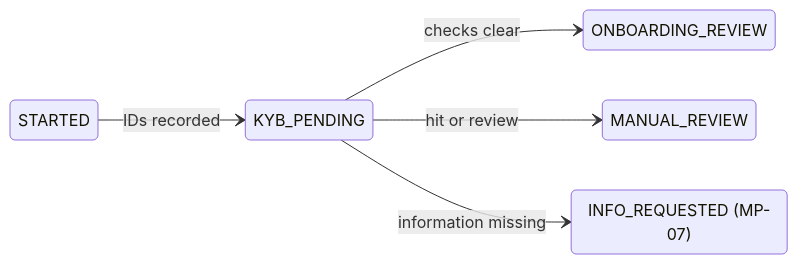
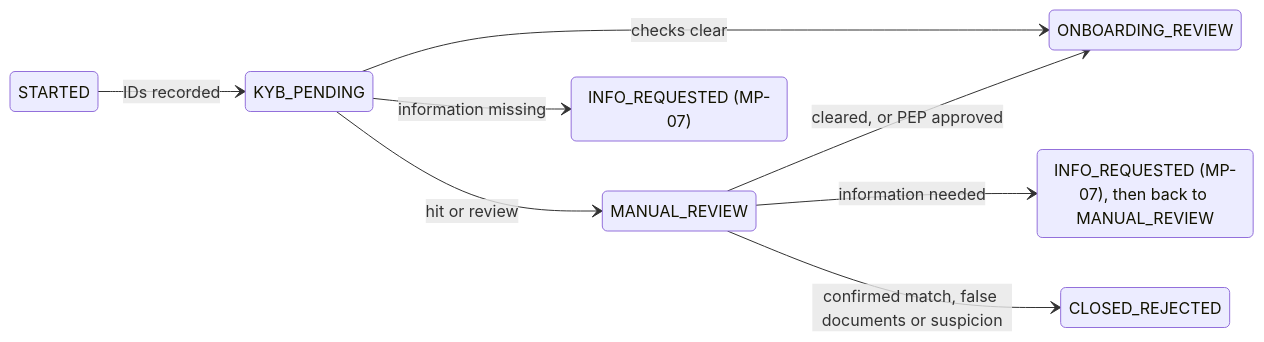
Before and after one commit to paytinno/merchant-portal-workflows: the second of 2 diagrams in docs/workflows/MP-06-company-checks-identity-and-screening.md, drawn with Mermaid. The commit also changed other lines of this file and 6 other files, not shown here.

First line of the commit message:
MP-06: exits from MANUAL_REVIEW

````diff
--- a/docs/workflows/MP-06-company-checks-identity-and-screening.md
+++ b/docs/workflows/MP-06-company-checks-identity-and-screening.md
@@ -54,13 +67,18 @@
 ```mermaid
 stateDiagram-v2
   direction LR
   state "STARTED" as s_STARTED
   state "KYB_PENDING" as s_KYB_PENDING
   state "ONBOARDING_REVIEW" as s_ONBOARDING_REVIEW
   state "MANUAL_REVIEW" as s_MANUAL_REVIEW
   state "INFO_REQUESTED (MP-07)" as s_INFO_REQUESTED_MP_07_
+  state "INFO_REQUESTED (MP-07), then back to MANUAL_REVIEW" as s_INFO_REQUESTED_MP_07_then_back_to_MANUAL_REVIEW
+  state "CLOSED_REJECTED" as s_CLOSED_REJECTED
   s_STARTED --> s_KYB_PENDING : IDs recorded
   s_KYB_PENDING --> s_ONBOARDING_REVIEW : checks clear
   s_KYB_PENDING --> s_MANUAL_REVIEW : hit or review
   s_KYB_PENDING --> s_INFO_REQUESTED_MP_07_ : information missing
+  s_MANUAL_REVIEW --> s_ONBOARDING_REVIEW : cleared, or PEP approved
+  s_MANUAL_REVIEW --> s_INFO_REQUESTED_MP_07_then_back_to_MANUAL_REVIEW : information needed
+  s_MANUAL_REVIEW --> s_CLOSED_REJECTED : confirmed match, false documents or suspicion
 ```
````
